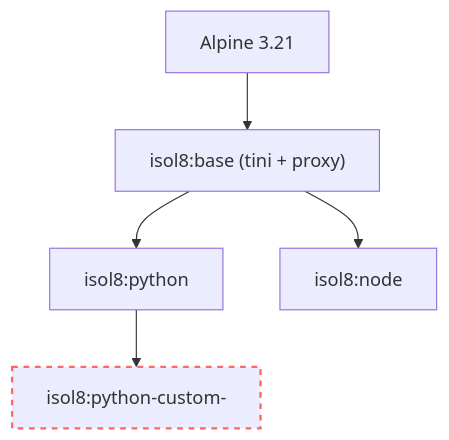
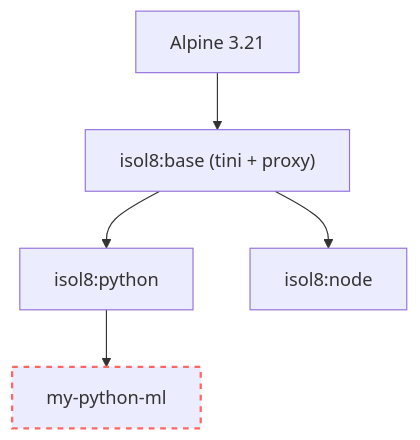
One commit to Illusion47586/isol8 changed the diagram in apps/docs/packages.mdx. Above: the diagram before and after it, drawn with Mermaid. The commit also changed other lines of this file and 16 other files, not shown here.

````diff
--- a/apps/docs/packages.mdx
+++ b/apps/docs/packages.mdx
@@ -134,15 +152,15 @@
 ```mermaid
 flowchart TD
     Alpine["Alpine 3.21"]
     Base["isol8:base (tini + proxy)"]
     Py["isol8:python"]
     Node["isol8:node"]
-    CustomPy["isol8:python-custom-<hash>"]
-    
+    CustomPy["my-python-ml"]
+
     Alpine --> Base
     Base --> Py
     Base --> Node
     Py --> CustomPy
-    
+
     style CustomPy stroke:#f66,stroke-width:2px,stroke-dasharray: 5 5
 ```
````
